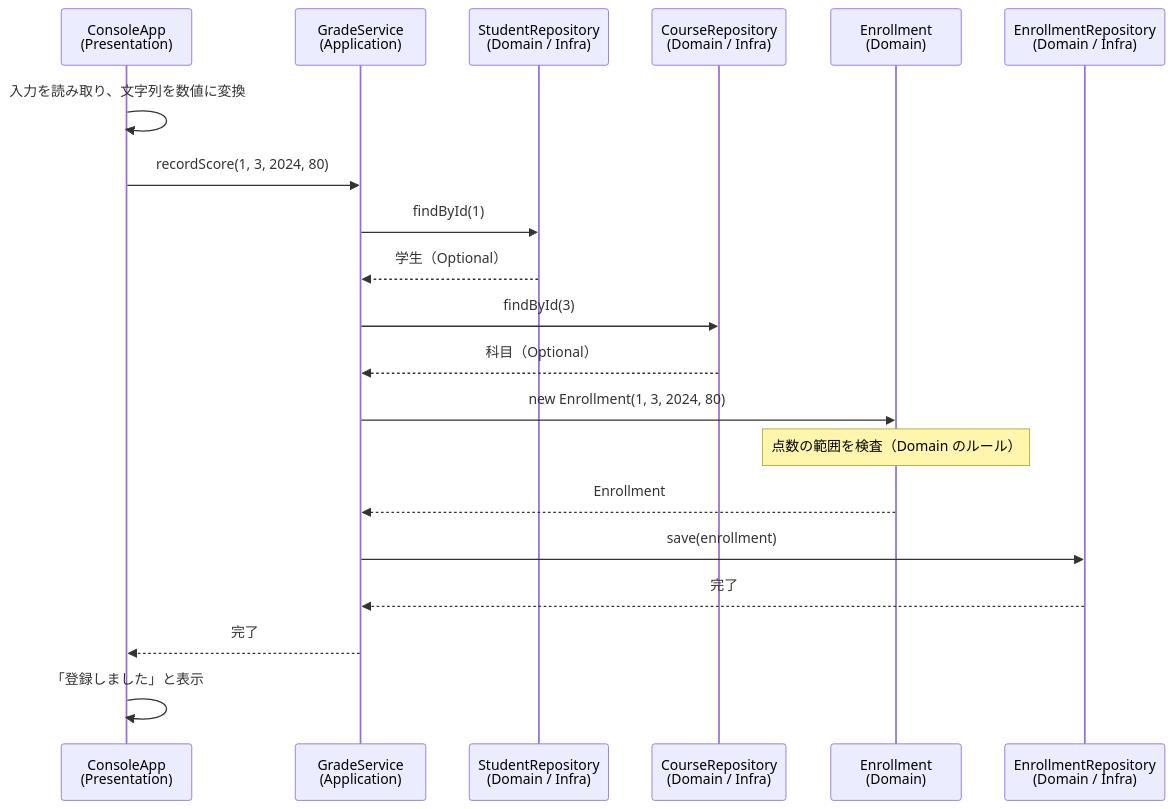
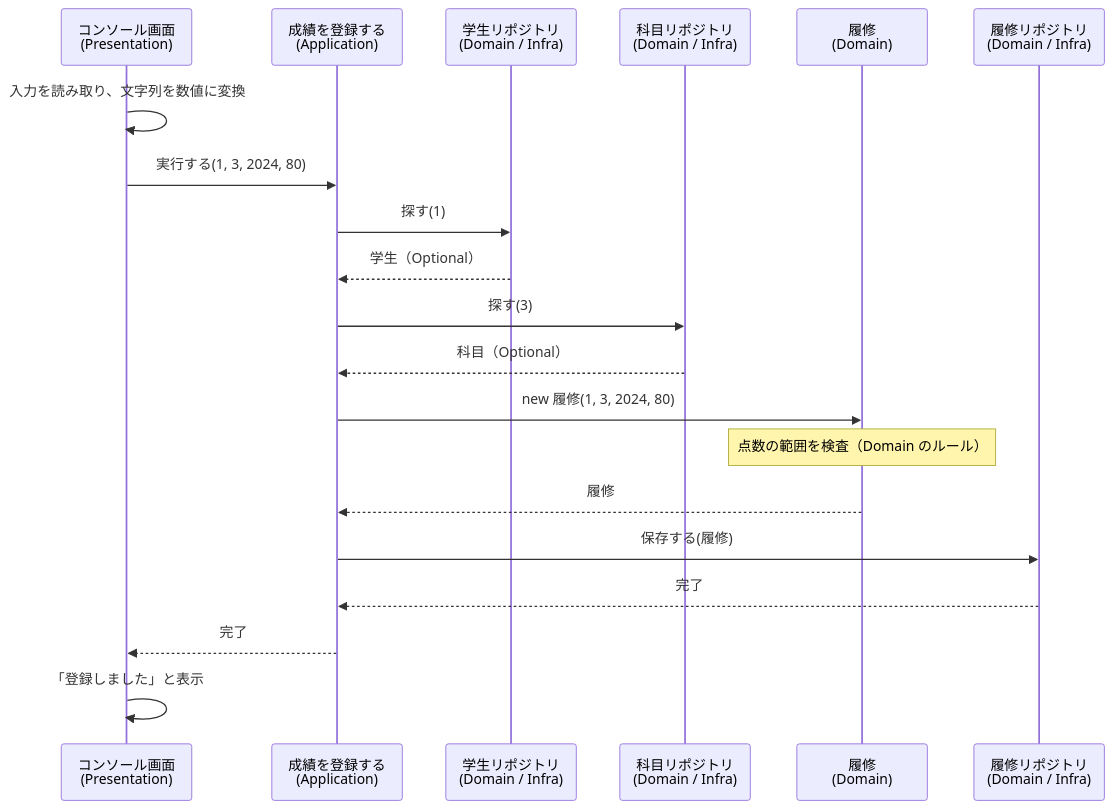
The second of 2 diagrams in 4層アーキテクチャ/06_サンプル実装の読み方.md (YTS0418/PRMN_SYSTEM_Lecture), drawn with Mermaid before and after one commit. The commit also changed other lines of this file and 14 other files, not shown here.

````diff
--- a/4層アーキテクチャ/06_サンプル実装の読み方.md
+++ b/4層アーキテクチャ/06_サンプル実装の読み方.md
@@ -209,23 +242,23 @@
 ```mermaid
 sequenceDiagram
-    participant C as ConsoleApp<br>(Presentation)
-    participant S as GradeService<br>(Application)
-    participant SR as StudentRepository<br>(Domain / Infra)
-    participant CR as CourseRepository<br>(Domain / Infra)
-    participant E as Enrollment<br>(Domain)
-    participant ER as EnrollmentRepository<br>(Domain / Infra)
+    participant C as コンソール画面<br>(Presentation)
+    participant S as 成績を登録する<br>(Application)
+    participant SR as 学生リポジトリ<br>(Domain / Infra)
+    participant CR as 科目リポジトリ<br>(Domain / Infra)
+    participant E as 履修<br>(Domain)
+    participant ER as 履修リポジトリ<br>(Domain / Infra)
 
     C->>C: 入力を読み取り、文字列を数値に変換
-    C->>S: recordScore(1, 3, 2024, 80)
-    S->>SR: findById(1)
+    C->>S: 実行する(1, 3, 2024, 80)
+    S->>SR: 探す(1)
     SR-->>S: 学生（Optional）
-    S->>CR: findById(3)
+    S->>CR: 探す(3)
     CR-->>S: 科目（Optional）
-    S->>E: new Enrollment(1, 3, 2024, 80)
+    S->>E: new 履修(1, 3, 2024, 80)
     Note over E: 点数の範囲を検査（Domain のルール）
-    E-->>S: Enrollment
-    S->>ER: save(enrollment)
+    E-->>S: 履修
+    S->>ER: 保存する(履修)
     ER-->>S: 完了
     S-->>C: 完了
     C->>C: 「登録しました」と表示
 ```
````
